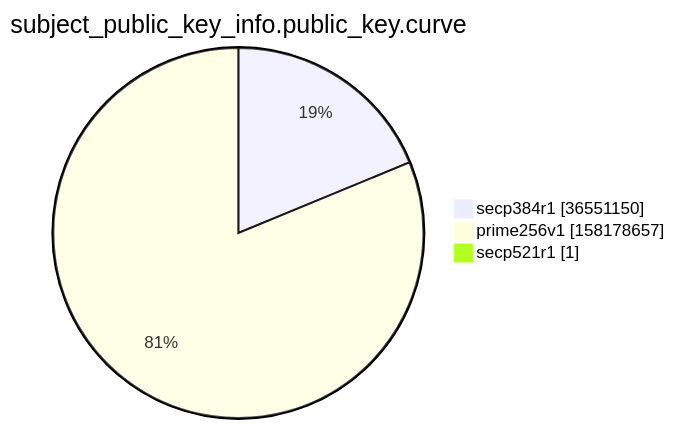
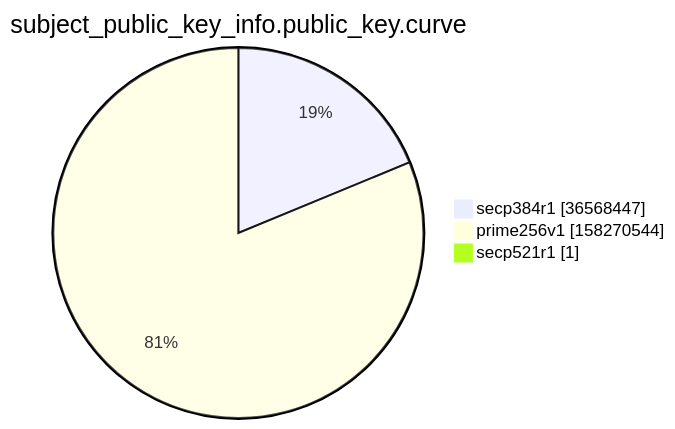
The ninth of 15 diagrams in argon2022/README.md (christiankrug/ctmonitor_visualization), drawn with Mermaid before and after one commit. The commit also changed other lines of this file, not shown here.

````diff
--- a/argon2022/README.md
+++ b/argon2022/README.md
@@ -2766,7 +2766,7 @@
 ```mermaid
 pie showData
 title subject_public_key_info.public_key.curve
-"secp384r1" :36551150
-"prime256v1" :158178657
+"secp384r1" :36568447
+"prime256v1" :158270544
 "secp521r1" :1
 ```
````
